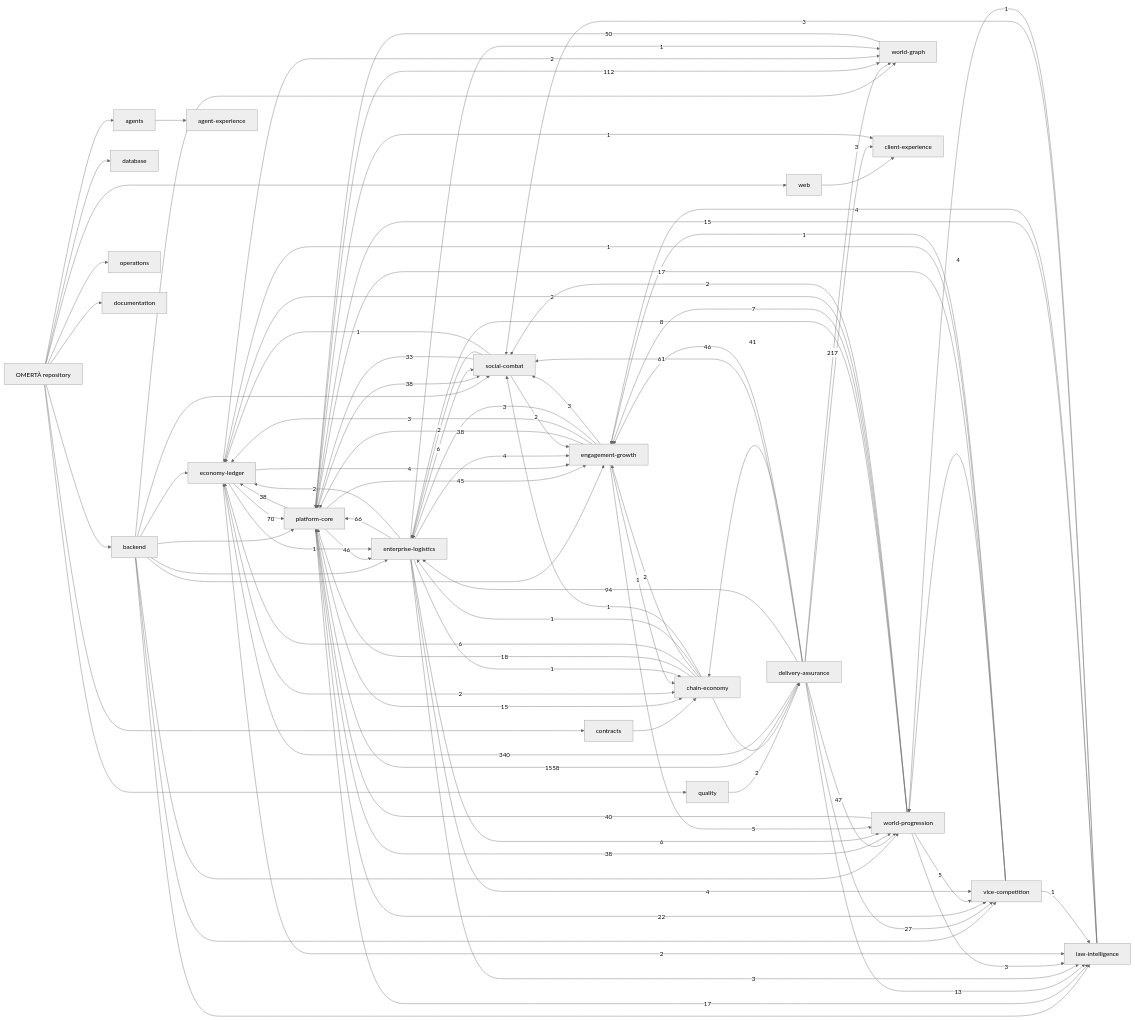
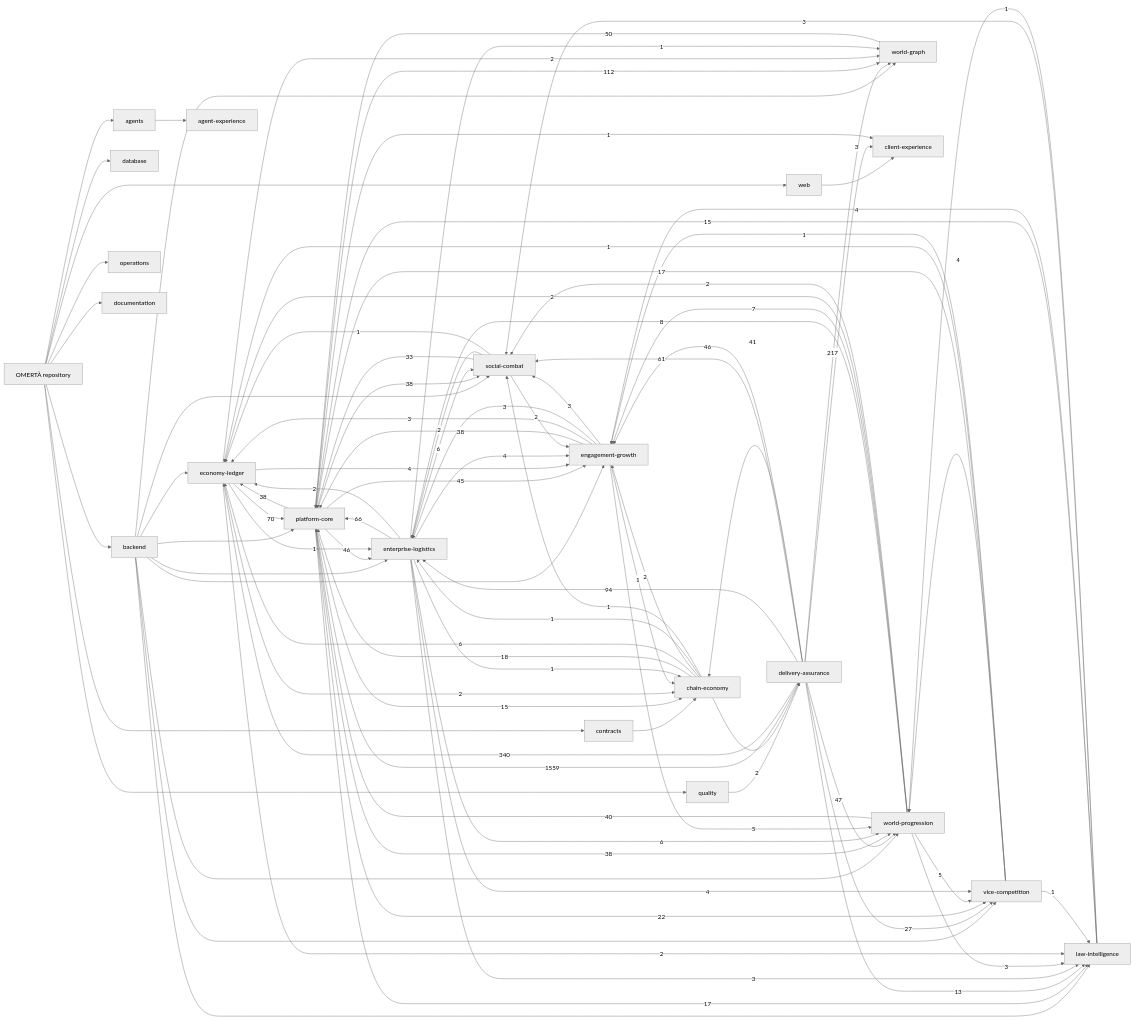
The diagram in knowledge/generated/graph.mmd (OmertaDev/Omerta), drawn with Mermaid (neutral theme) before and after one commit. The commit also changed 5 other files, not shown here.

```diff
--- a/knowledge/generated/graph.mmd
+++ b/knowledge/generated/graph.mmd
@@ -1,113 +1,113 @@
 flowchart LR
   repo["OMERTÀ repository"]
   sub_backend["backend"]
   repo --> sub_backend
   sub_database["database"]
   repo --> sub_database
   sub_web["web"]
   repo --> sub_web
   sub_contracts["contracts"]
   repo --> sub_contracts
   sub_agents["agents"]
   repo --> sub_agents
   sub_quality["quality"]
   repo --> sub_quality
   sub_operations["operations"]
   repo --> sub_operations
   sub_documentation["documentation"]
   repo --> sub_documentation
   dom_platform-core["platform-core"]
   dom_economy-ledger["economy-ledger"]
   dom_social-combat["social-combat"]
   dom_world-progression["world-progression"]
   dom_world-graph["world-graph"]
   dom_enterprise-logistics["enterprise-logistics"]
   dom_vice-competition["vice-competition"]
   dom_law-intelligence["law-intelligence"]
   dom_chain-economy["chain-economy"]
   dom_engagement-growth["engagement-growth"]
   dom_client-experience["client-experience"]
   dom_agent-experience["agent-experience"]
   dom_delivery-assurance["delivery-assurance"]
   sub_agents --> dom_agent-experience
   sub_backend --> dom_economy-ledger
   sub_backend --> dom_engagement-growth
   sub_backend --> dom_enterprise-logistics
   sub_backend --> dom_law-intelligence
   sub_backend --> dom_platform-core
   sub_backend --> dom_social-combat
   sub_backend --> dom_vice-competition
   sub_backend --> dom_world-graph
   sub_backend --> dom_world-progression
   sub_contracts --> dom_chain-economy
   sub_quality --> dom_delivery-assurance
   sub_web --> dom_client-experience
-  dom_delivery-assurance -->|1558| dom_platform-core
+  dom_delivery-assurance -->|1559| dom_platform-core
   dom_delivery-assurance -->|340| dom_economy-ledger
   dom_delivery-assurance -->|217| dom_world-graph
   dom_platform-core -->|112| dom_world-graph
   dom_delivery-assurance -->|94| dom_enterprise-logistics
   dom_economy-ledger -->|70| dom_platform-core
   dom_enterprise-logistics -->|66| dom_platform-core
   dom_delivery-assurance -->|61| dom_social-combat
   dom_world-graph -->|50| dom_platform-core
   dom_delivery-assurance -->|47| dom_world-progression
   dom_delivery-assurance -->|46| dom_engagement-growth
   dom_platform-core -->|46| dom_enterprise-logistics
   dom_platform-core -->|45| dom_engagement-growth
   dom_delivery-assurance -->|41| dom_chain-economy
   dom_world-progression -->|40| dom_platform-core
   dom_engagement-growth -->|38| dom_platform-core
   dom_platform-core -->|38| dom_economy-ledger
   dom_platform-core -->|38| dom_social-combat
   dom_platform-core -->|38| dom_world-progression
   dom_social-combat -->|33| dom_platform-core
   dom_delivery-assurance -->|27| dom_vice-competition
   dom_platform-core -->|22| dom_vice-competition
   dom_chain-economy -->|18| dom_platform-core
   dom_platform-core -->|17| dom_law-intelligence
   dom_vice-competition -->|17| dom_platform-core
   dom_law-intelligence -->|15| dom_platform-core
   dom_platform-core -->|15| dom_chain-economy
   dom_delivery-assurance -->|13| dom_law-intelligence
   dom_world-progression -->|8| dom_enterprise-logistics
   dom_world-progression -->|7| dom_engagement-growth
   dom_chain-economy -->|6| dom_economy-ledger
   dom_enterprise-logistics -->|6| dom_social-combat
   dom_enterprise-logistics -->|6| dom_world-progression
   dom_engagement-growth -->|5| dom_world-progression
   dom_world-progression -->|5| dom_vice-competition
   dom_economy-ledger -->|4| dom_engagement-growth
   dom_enterprise-logistics -->|4| dom_engagement-growth
   dom_enterprise-logistics -->|4| dom_vice-competition
   dom_law-intelligence -->|4| dom_engagement-growth
   dom_vice-competition -->|4| dom_world-progression
   dom_delivery-assurance -->|3| dom_client-experience
   dom_engagement-growth -->|3| dom_economy-ledger
   dom_engagement-growth -->|3| dom_enterprise-logistics
   dom_engagement-growth -->|3| dom_social-combat
   dom_enterprise-logistics -->|3| dom_law-intelligence
   dom_law-intelligence -->|3| dom_social-combat
   dom_world-progression -->|3| dom_law-intelligence
   dom_chain-economy -->|2| dom_delivery-assurance
   dom_chain-economy -->|2| dom_engagement-growth
   dom_economy-ledger -->|2| dom_chain-economy
   dom_economy-ledger -->|2| dom_law-intelligence
   dom_economy-ledger -->|2| dom_world-graph
   dom_enterprise-logistics -->|2| dom_economy-ledger
   dom_social-combat -->|2| dom_engagement-growth
   dom_social-combat -->|2| dom_enterprise-logistics
   dom_world-progression -->|2| dom_economy-ledger
   dom_world-progression -->|2| dom_social-combat
   dom_chain-economy -->|1| dom_enterprise-logistics
   dom_chain-economy -->|1| dom_social-combat
   dom_economy-ledger -->|1| dom_enterprise-logistics
   dom_engagement-growth -->|1| dom_chain-economy
   dom_enterprise-logistics -->|1| dom_chain-economy
   dom_enterprise-logistics -->|1| dom_world-graph
   dom_law-intelligence -->|1| dom_world-progression
   dom_platform-core -->|1| dom_client-experience
   dom_social-combat -->|1| dom_economy-ledger
   dom_vice-competition -->|1| dom_economy-ledger
   dom_vice-competition -->|1| dom_engagement-growth
   dom_vice-competition -->|1| dom_law-intelligence
```
